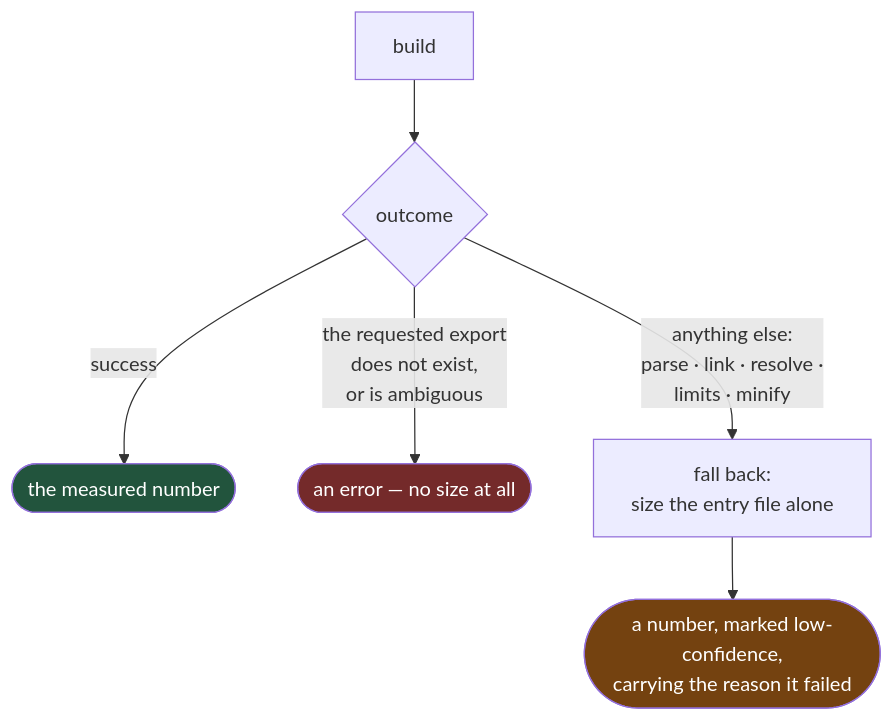
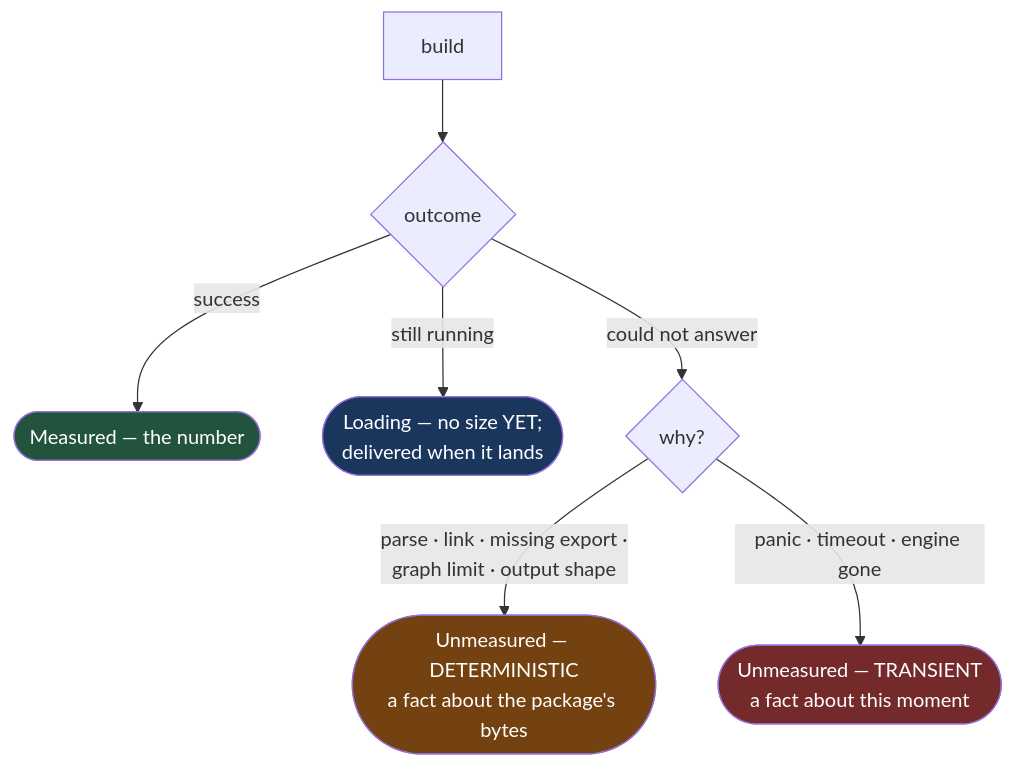
The fourth of 4 diagrams in docs/bundler-architecture.md (ehsan18t/import-lens), drawn with Mermaid before and after one commit. The commit also changed other lines of this file, not shown here.

First line of the commit message:
docs(architecture): record the result model and the streaming delivery

````diff
--- a/docs/bundler-architecture.md
+++ b/docs/bundler-architecture.md
@@ -384,12 +424,14 @@
 ```mermaid
 graph TD
     B[build] --> R{outcome}
-    R -->|success| OK([the measured number])
-    R -->|"the requested export<br/>does not exist,<br/>or is ambiguous"| ERR([an error — no size at all])
-    R -->|"anything else:<br/>parse · link · resolve ·<br/>limits · minify"| FB[fall back:<br/>size the entry file alone]
-    FB --> LOW([a number, marked low-confidence,<br/>carrying the reason it failed])
+    R -->|success| OK([Measured — the number])
+    R -->|"still running"| LOAD([Loading — no size YET;<br/>delivered when it lands])
+    R -->|"could not answer"| UN{why?}
+    UN -->|"parse · link · missing export ·<br/>graph limit · output shape"| DET([Unmeasured — DETERMINISTIC<br/>a fact about the package's bytes])
+    UN -->|"panic · timeout · engine gone"| TR([Unmeasured — TRANSIENT<br/>a fact about this moment])
 
     style OK fill:#22543d,color:#fff
-    style ERR fill:#742a2a,color:#fff
-    style LOW fill:#744210,color:#fff
+    style LOAD fill:#1a365d,color:#fff
+    style DET fill:#744210,color:#fff
+    style TR fill:#742a2a,color:#fff
 ```
````
